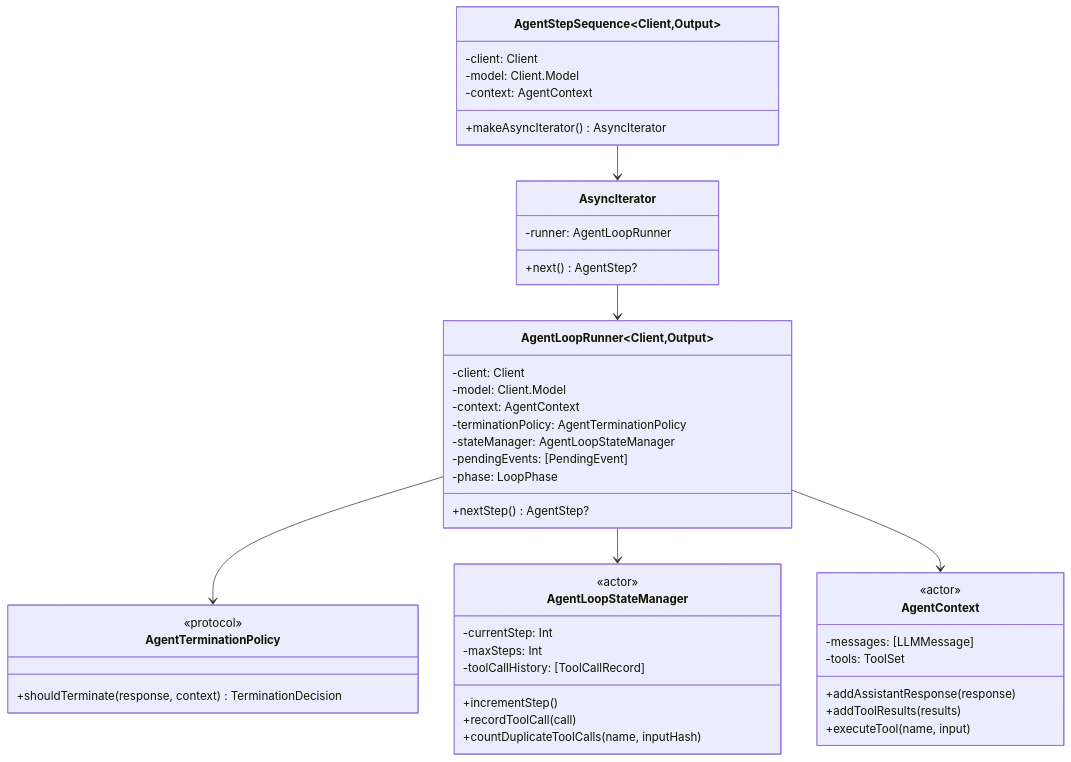
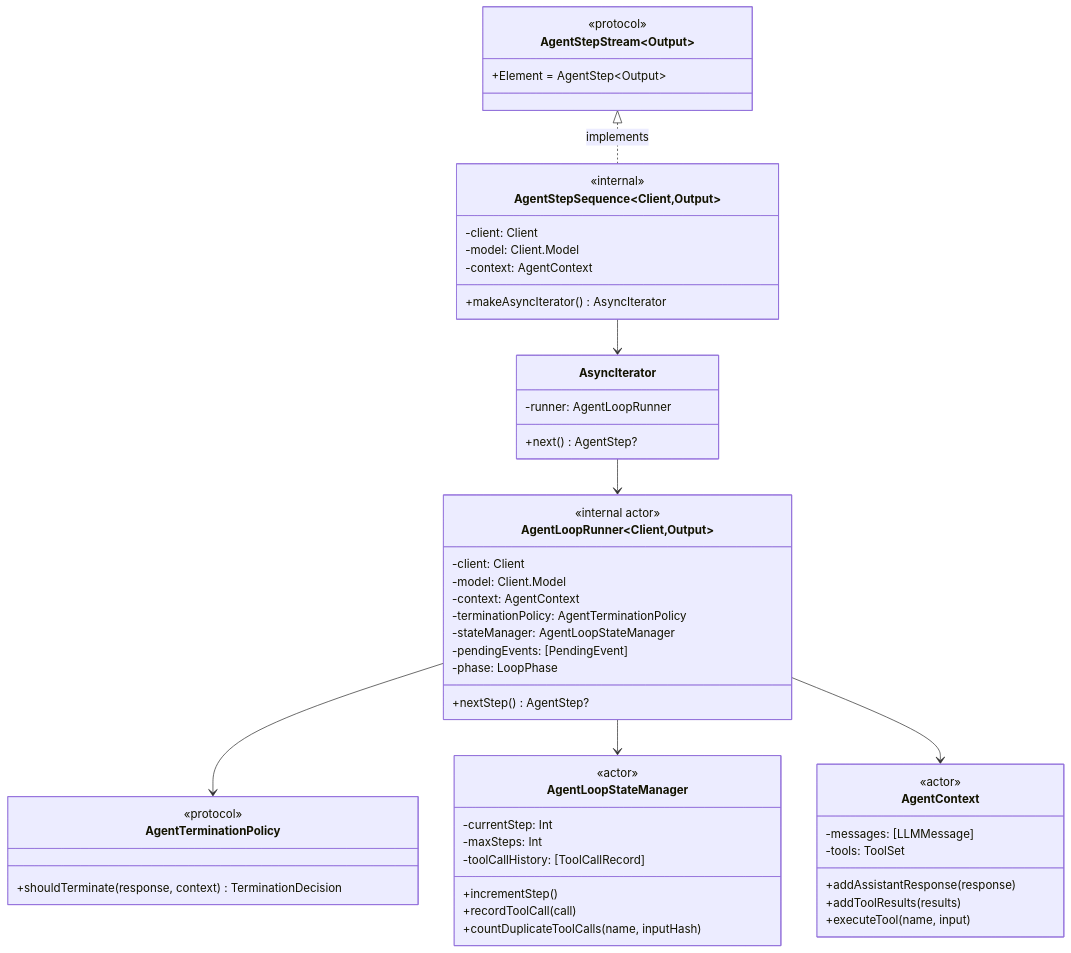
The second of 15 diagrams in documentation/agent-loop-internals.md (no-problem-dev/swift-llm-structured-outputs), drawn with Mermaid before and after one commit. The commit also changed other lines of this file and 5 other files, not shown here.

First line of the commit message:
docs: update documentation for AgentStepStream protocol

````diff
--- a/documentation/agent-loop-internals.md
+++ b/documentation/agent-loop-internals.md
@@ -81,55 +89,63 @@
 ```mermaid
 classDiagram
+    class AgentStepStream~Output~ {
+        <<protocol>>
+        +Element = AgentStep~Output~
+    }
+
     class AgentStepSequence~Client,Output~ {
+        <<internal>>
         -client: Client
         -model: Client.Model
         -context: AgentContext
         +makeAsyncIterator() AsyncIterator
     }
 
     class AsyncIterator {
         -runner: AgentLoopRunner
         +next() AgentStep?
     }
 
     class AgentLoopRunner~Client,Output~ {
+        <<internal actor>>
         -client: Client
         -model: Client.Model
         -context: AgentContext
         -terminationPolicy: AgentTerminationPolicy
         -stateManager: AgentLoopStateManager
         -pendingEvents: [PendingEvent]
         -phase: LoopPhase
         +nextStep() AgentStep?
     }
 
     class AgentTerminationPolicy {
         <<protocol>>
         +shouldTerminate(response, context) TerminationDecision
     }
 
     class AgentLoopStateManager {
         <<actor>>
         -currentStep: Int
         -maxSteps: Int
         -toolCallHistory: [ToolCallRecord]
         +incrementStep()
         +recordToolCall(call)
         +countDuplicateToolCalls(name, inputHash)
     }
 
     class AgentContext {
         <<actor>>
         -messages: [LLMMessage]
         -tools: ToolSet
         +addAssistantResponse(response)
         +addToolResults(results)
         +executeTool(name, input)
     }
 
+    AgentStepStream <|.. AgentStepSequence : implements
     AgentStepSequence --> AsyncIterator
     AsyncIterator --> AgentLoopRunner
     AgentLoopRunner --> AgentTerminationPolicy
     AgentLoopRunner --> AgentLoopStateManager
     AgentLoopRunner --> AgentContext
 ```
````
